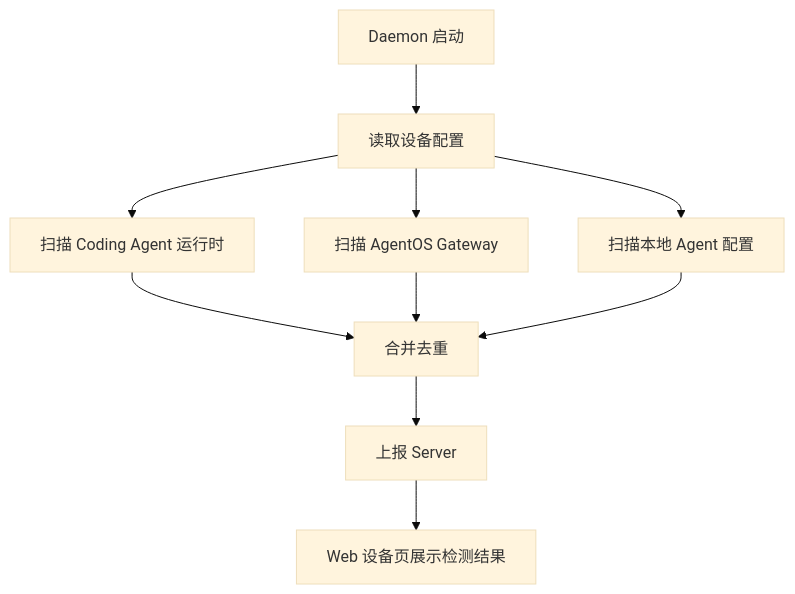
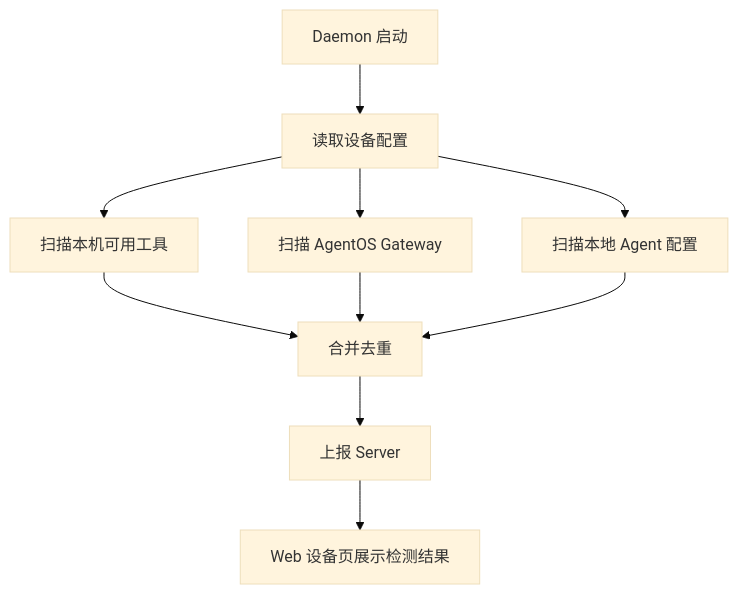
One commit to xiaojichao/agentbean changed the third of 6 diagrams in README.md. Above: the diagram before and after it, drawn with Mermaid (base theme). The commit also changed other lines of this file and 8 other files, not shown here.

````diff
--- a/README.md
+++ b/README.md
@@ -122,12 +122,12 @@
 ```mermaid
 flowchart TD
   A["Daemon 启动"] --> B["读取设备配置"]
-  B --> C["扫描 Coding Agent 运行时"]
+  B --> C["扫描本机可用工具"]
   B --> D["扫描 AgentOS Gateway"]
   B --> E["扫描本地 Agent 配置"]
   C --> F["合并去重"]
   D --> F
   E --> F
   F --> G["上报 Server"]
   G --> H["Web 设备页展示检测结果"]
 ```
````
